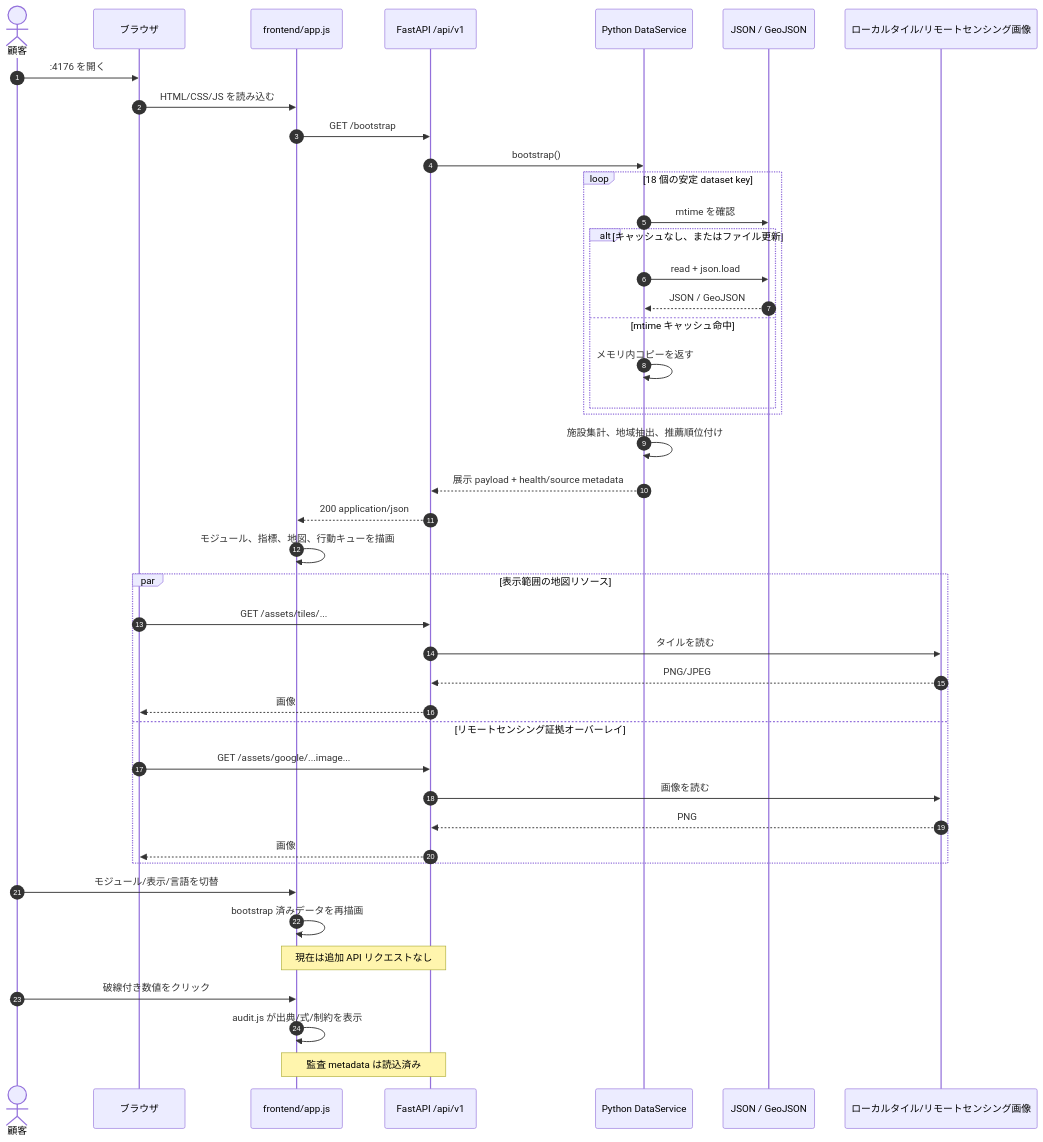
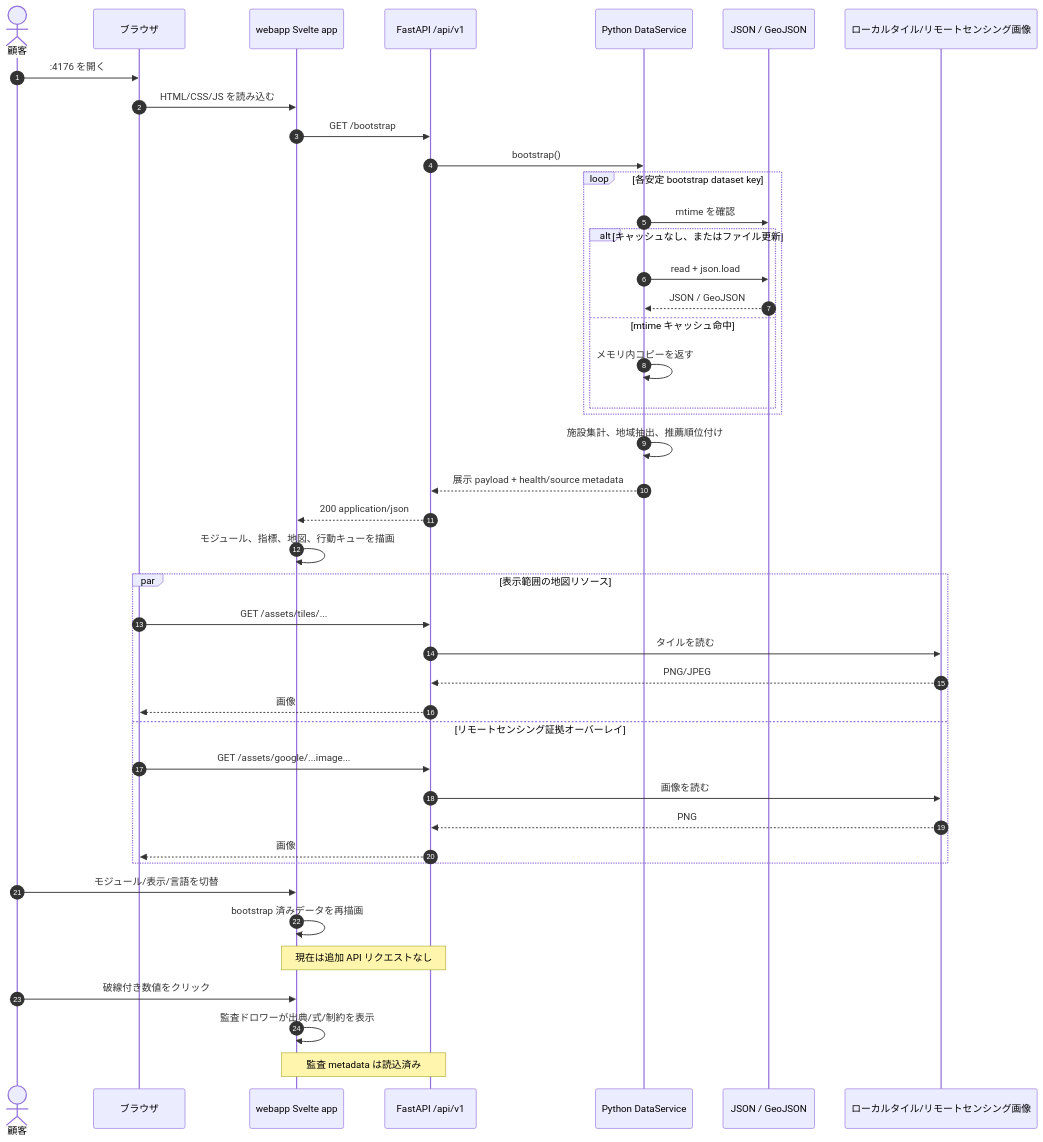
The second of 3 diagrams in docs/architecture/FRONTEND_BACKEND.ja.md (TsumiNa/terrai-spatial-intelligence), drawn with Mermaid before and after one commit. The commit also changed other lines of this file and 19 other files, not shown here.

````diff
--- a/docs/architecture/FRONTEND_BACKEND.ja.md
+++ b/docs/architecture/FRONTEND_BACKEND.ja.md
@@ -72,49 +72,49 @@
 ```mermaid
 sequenceDiagram
     autonumber
     actor Customer as 顧客
     participant Browser as ブラウザ
-    participant Frontend as frontend/app.js
+    participant Frontend as webapp Svelte app
     participant API as FastAPI /api/v1
     participant Service as Python DataService
     participant FL as JSON / GeoJSON
     participant Assets as ローカルタイル/リモートセンシング画像
 
     Customer->>Browser: :4176 を開く
     Browser->>Frontend: HTML/CSS/JS を読み込む
     Frontend->>API: GET /bootstrap
     API->>Service: bootstrap()
-    loop 18 個の安定 dataset key
+    loop 各安定 bootstrap dataset key
         Service->>FL: mtime を確認
         alt キャッシュなし、またはファイル更新
             Service->>FL: read + json.load
             FL-->>Service: JSON / GeoJSON
         else mtime キャッシュ命中
             Service->>Service: メモリ内コピーを返す
         end
     end
     Service->>Service: 施設集計、地域抽出、推薦順位付け
     Service-->>API: 展示 payload + health/source metadata
     API-->>Frontend: 200 application/json
     Frontend->>Frontend: モジュール、指標、地図、行動キューを描画
 
     par 表示範囲の地図リソース
         Browser->>API: GET /assets/tiles/...
         API->>Assets: タイルを読む
         Assets-->>API: PNG/JPEG
         API-->>Browser: 画像
     and リモートセンシング証拠オーバーレイ
         Browser->>API: GET /assets/google/...image...
         API->>Assets: 画像を読む
         Assets-->>API: PNG
         API-->>Browser: 画像
     end
 
     Customer->>Frontend: モジュール/表示/言語を切替
     Frontend->>Frontend: bootstrap 済みデータを再描画
     Note over Frontend,API: 現在は追加 API リクエストなし
 
     Customer->>Frontend: 破線付き数値をクリック
-    Frontend->>Frontend: audit.js が出典/式/制約を表示
+    Frontend->>Frontend: 監査ドロワーが出典/式/制約を表示
     Note over Frontend,API: 監査 metadata は読込済み
 ```
````
